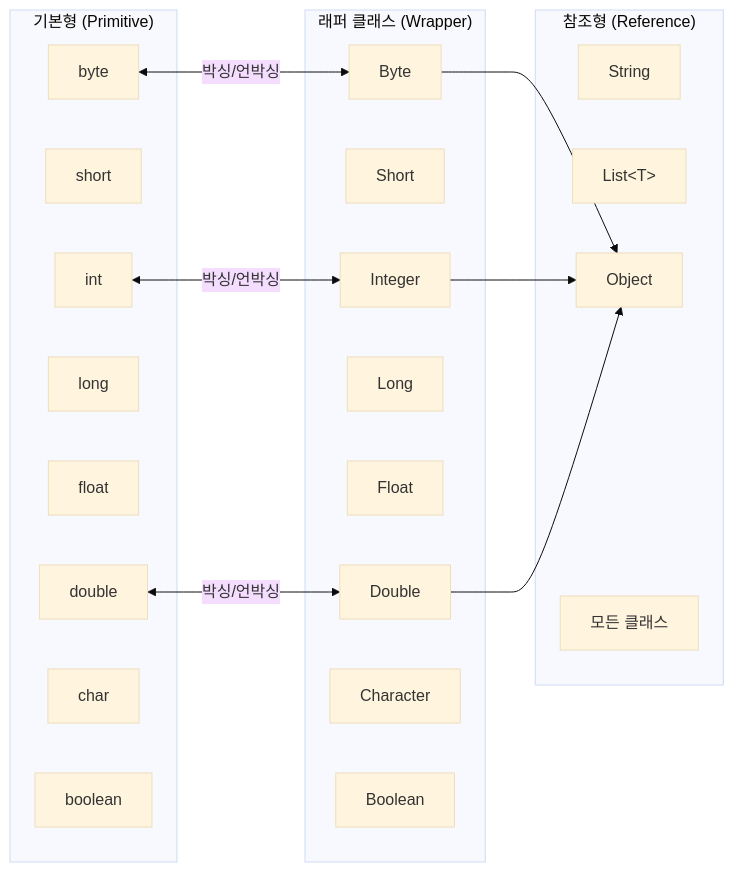
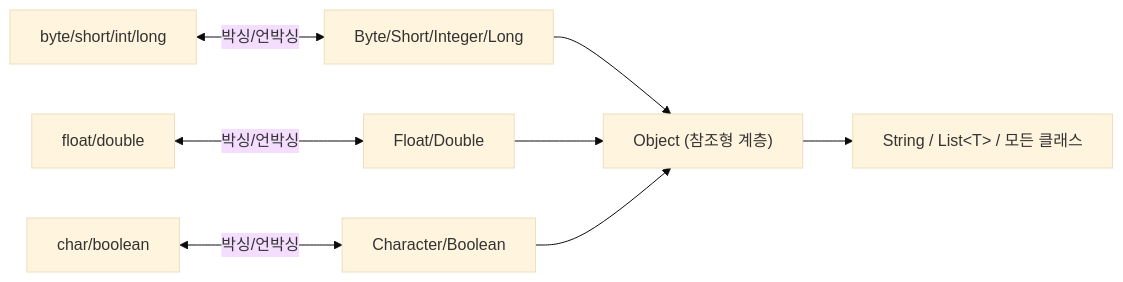
The first of 4 diagrams in _posts/java/2026-05-01-java-wrapper-class.md (yjkim2015/yjkim2015.github.io), drawn with Mermaid (base theme) before and after one commit. The commit also changed other lines of this file and 215 other files, not shown here.

First line of the commit message:
신규 포스트 10개 추가 + Mermaid 전면 축소 + SystemDesign 시리즈 보강

````diff
--- a/_posts/java/2026-05-01-java-wrapper-class.md
+++ b/_posts/java/2026-05-01-java-wrapper-class.md
@@ -22,38 +22,10 @@
 ```mermaid
 graph LR
-    subgraph "기본형 (Primitive)"
-        P1["byte"]
-        P2["short"]
-        P3["int"]
-        P4["long"]
-        P5["float"]
-        P6["double"]
-        P7["char"]
-        P8["boolean"]
-    end
-
-    subgraph "래퍼 클래스 (Wrapper)"
-        W1["Byte"]
-        W2["Short"]
-        W3["Integer"]
-        W4["Long"]
-        W5["Float"]
-        W6["Double"]
-        W7["Character"]
-        W8["Boolean"]
-    end
-
-    subgraph "참조형 (Reference)"
-        R1["String"]
-        R2["List&lt;T&gt;"]
-        R3["Object"]
-        R4["모든 클래스"]
-    end
-
-    P1 <-->|"박싱/언박싱"| W1
-    P3 <-->|"박싱/언박싱"| W3
-    P6 <-->|"박싱/언박싱"| W6
-    W1 --> R3
-    W3 --> R3
-    W6 --> R3
+    P1["byte/short/int/long"] <-->|"박싱/언박싱"| W1["Byte/Short/Integer/Long"]
+    P2["float/double"] <-->|"박싱/언박싱"| W2["Float/Double"]
+    P3["char/boolean"] <-->|"박싱/언박싱"| W3["Character/Boolean"]
+    W1 --> OBJ["Object (참조형 계층)"]
+    W2 --> OBJ
+    W3 --> OBJ
+    OBJ --> REF["String / List&lt;T&gt; / 모든 클래스"]
 ```
````
